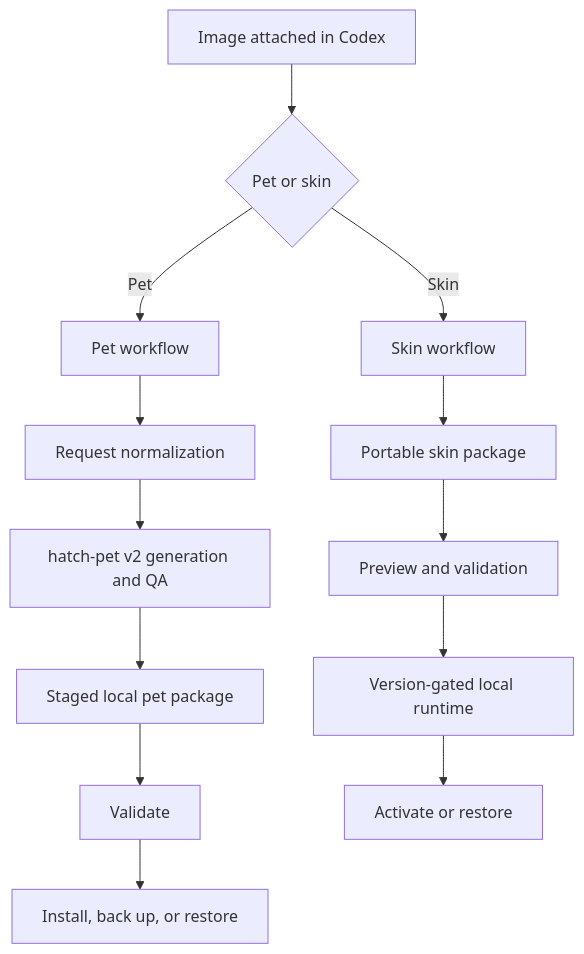
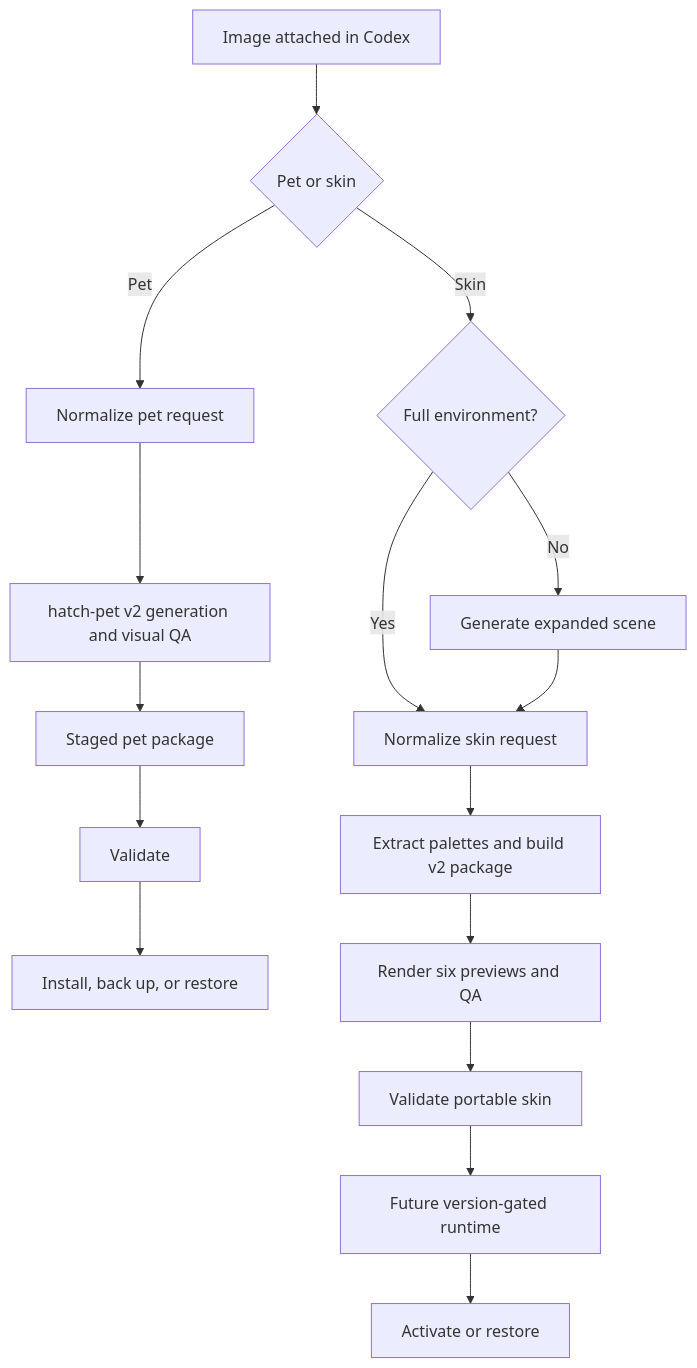
The diagram in docs/ARCHITECTURE.md (chromapaw/codex-chromapaw), drawn with Mermaid before and after one commit. The commit also changed other lines of this file and 16 other files, not shown here.

````diff
--- a/docs/ARCHITECTURE.md
+++ b/docs/ARCHITECTURE.md
@@ -5,15 +5,18 @@
 ```mermaid
 flowchart TD
     A["Image attached in Codex"] --> B{"Pet or skin"}
-    B -->|Pet| C["Pet workflow"]
-    B -->|Skin| D["Skin workflow"]
-    C --> J["Request normalization"]
-    J --> K["hatch-pet v2 generation and QA"]
-    K --> E["Staged local pet package"]
-    E --> L["Validate"]
-    L --> M["Install, back up, or restore"]
-    D --> F["Portable skin package"]
-    F --> G["Preview and validation"]
-    G --> H["Version-gated local runtime"]
-    H --> I["Activate or restore"]
+    B -->|"Pet"| C["Normalize pet request"]
+    C --> D["hatch-pet v2 generation and visual QA"]
+    D --> E["Staged pet package"]
+    E --> F["Validate"]
+    F --> G["Install, back up, or restore"]
+    B -->|"Skin"| H{"Full environment?"}
+    H -->|"No"| I["Generate expanded scene"]
+    H -->|"Yes"| J["Normalize skin request"]
+    I --> J
+    J --> K["Extract palettes and build v2 package"]
+    K --> L["Render six previews and QA"]
+    L --> M["Validate portable skin"]
+    M --> N["Future version-gated runtime"]
+    N --> O["Activate or restore"]
 ```
````
